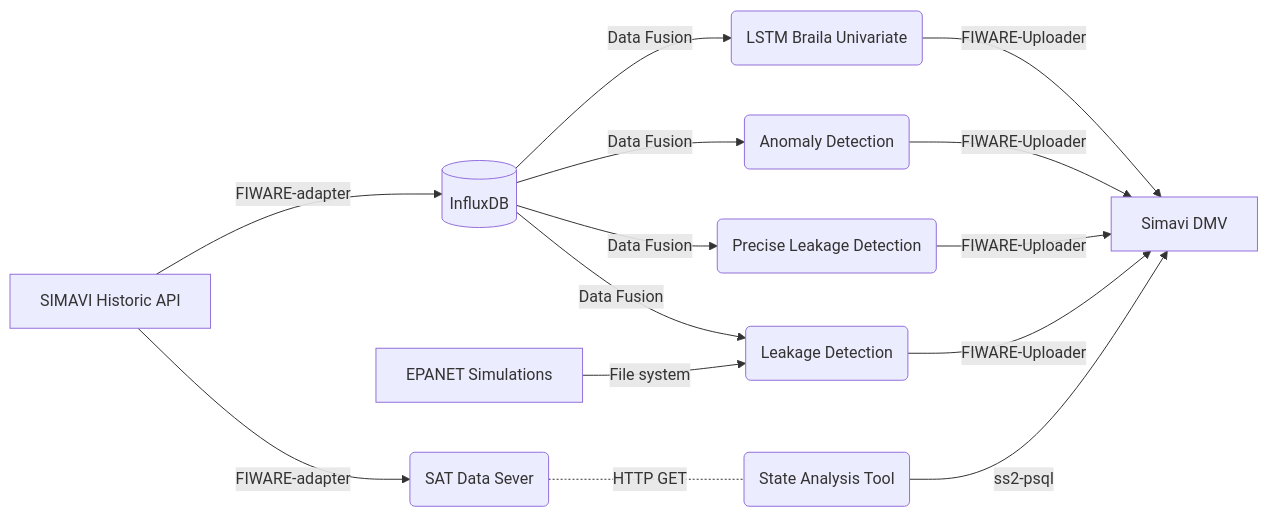
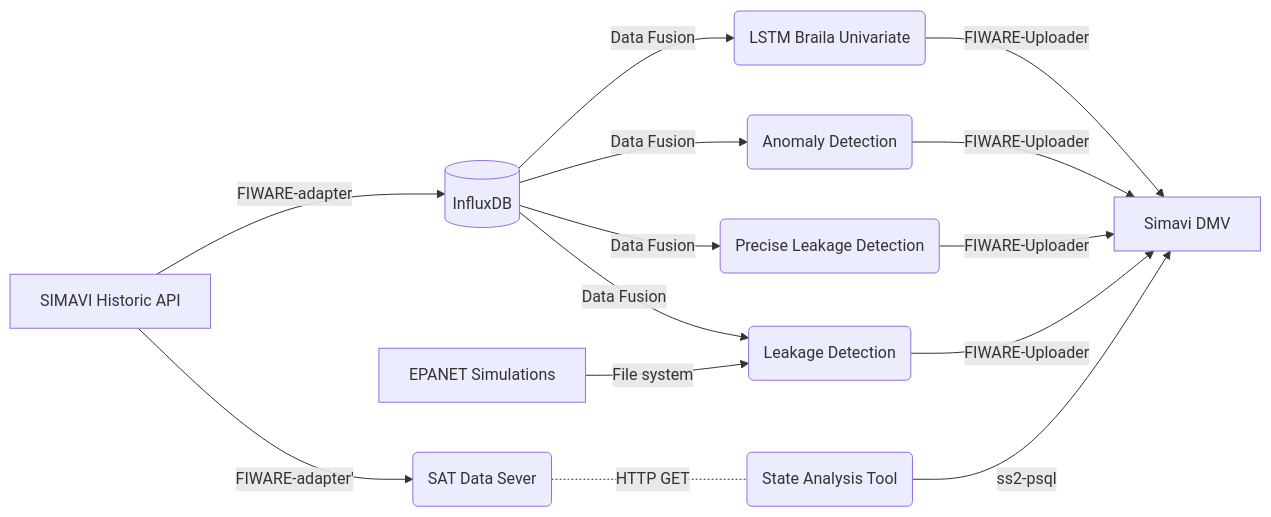
Before and after one commit to naiades-jsi/documentation: the third of 3 diagrams in README.md, drawn with Mermaid. The commit also changed other lines of this file, not shown here.

Commit message:
Fixing typo

````diff
--- a/README.md
+++ b/README.md
@@ -164,16 +164,16 @@
 ```mermaid
 graph LR
     A[SIMAVI Historic API] --> |FIWARE-adapter| B[(InfluxDB)]
     G[EPANET Simulations] --> |File system| E
     B --> |Data Fusion| C(LSTM Braila Univariate)
     B --> |Data Fusion| D(Anomaly Detection)
     B --> |Data Fusion| F(Precise Leakage Detection)
     B --> |Data Fusion| E(Leakage Detection)
-    A --> |FIWARE-adapter| H1(SAT Data Sever)
+    A --> |FIWARE-adapter'| H1(SAT Data Sever)
     H1 -.- |HTTP GET| H(State Analysis Tool)
     C --> |FIWARE-Uploader| X[Simavi DMV]
     D --> |FIWARE-Uploader| X
     E --> |FIWARE-Uploader| X
     H --> |ss2-psql| X
     F --> |FIWARE-Uploader| X
 ```
````
